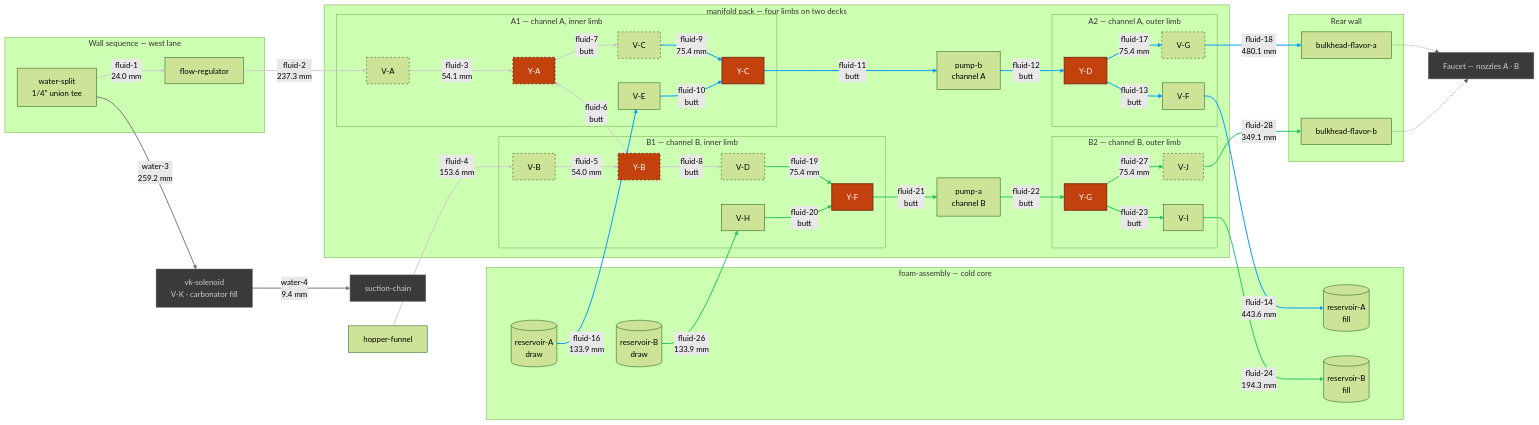
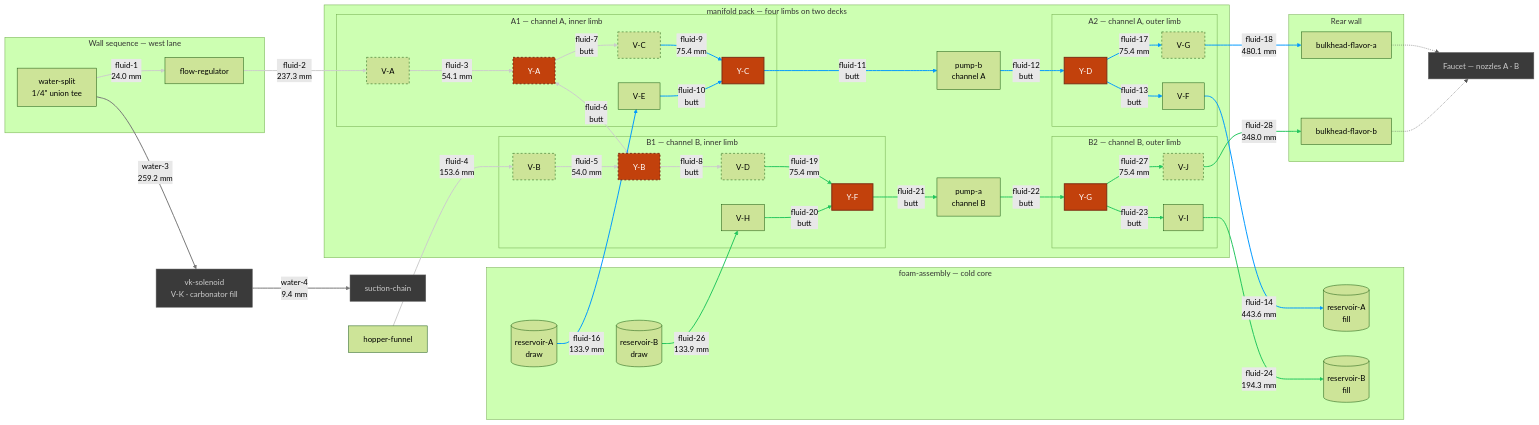
The diagram in hardware/topology/fluid-topology-manifold.mmd (derekbreden/homesodamachine), drawn with Mermaid (forest theme) before and after one commit. The commit also changed 27 other files, not shown here.

```diff
--- a/hardware/topology/fluid-topology-manifold.mmd
+++ b/hardware/topology/fluid-topology-manifold.mmd
@@ -14,7 +14,7 @@
   %% [26](SEGMENT_COUNT) flavor segments. [11](BUTT_COUNT) are collet butted to collet and carry
   %% no tube at all; [9](DRAWN_COUNT) are swept runs between placed bodies; the rest are the
   %% hinge's four hairpins and the source pair's two quarter-and-step turns. What is cut comes to
-  %% [2559.5 mm](FLUID_TOTAL) of 1/4" LLDPE over [40](FLUID_BENDS) corners, and the longest is
+  %% [2558.4 mm](FLUID_TOTAL) of 1/4" LLDPE over [40](FLUID_BENDS) corners, and the longest is
   %% [fluid-18](LONGEST_ID) at [480.1 mm](LONGEST_LEN). [0](OPEN_COUNT) are mouths with nothing
   %% on the far end of them: EVERY FLAVOR SEGMENT IN THIS CHART IS MADE. The hopper's gravity
   %% drain is drawn like the rest — the funnel is seated in the box rather than placed in the
@@ -154,7 +154,7 @@
   VI -->|"fluid-24<br/>194.3 mm"| ResBFill
   ResB -->|"fluid-26<br/>133.9 mm"| VH
   YG -->|"fluid-27<br/>75.4 mm"| VJ
-  VJ -->|"fluid-28<br/>349.1 mm"| BhB
+  VJ -->|"fluid-28<br/>348.0 mm"| BhB
 
   %% =========================
   %% V-K's own two runs — the carbonator circuit, through this bay
```
